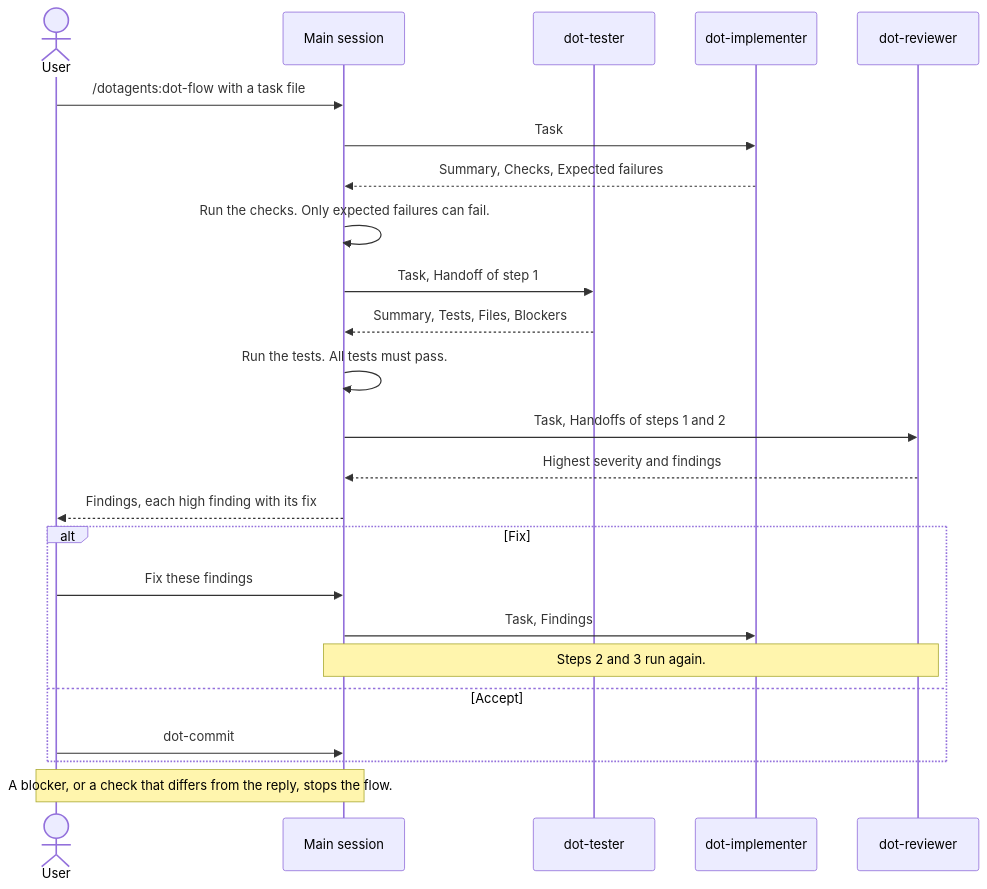
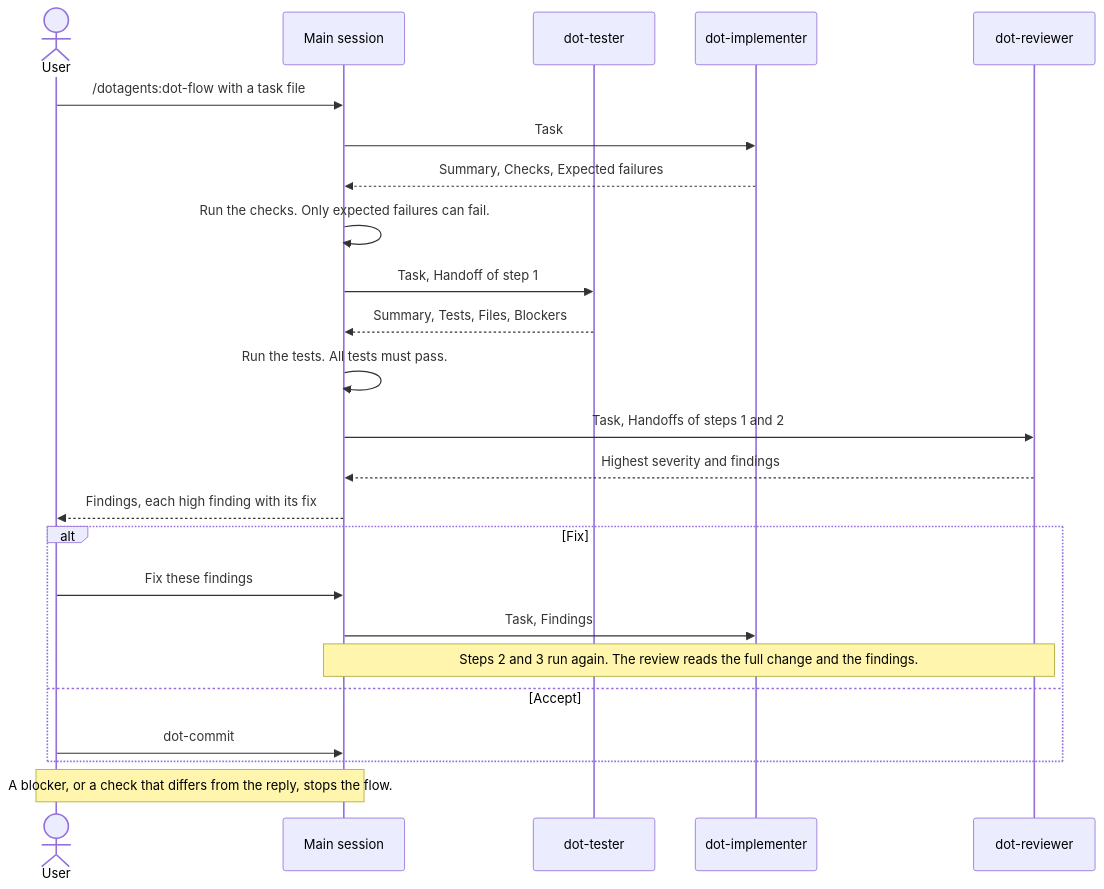
The diagram in docs/guide/04-build.md (igorlau/dotagents), drawn with Mermaid before and after one commit. The commit also changed 5 other files, not shown here.

First line of the commit message:
feat(skills): review the full change on a dot-flow fix run

````diff
--- a/docs/guide/04-build.md
+++ b/docs/guide/04-build.md
@@ -24,26 +24,26 @@
 ```mermaid
 sequenceDiagram
     actor User
     participant Main as Main session
     participant Tester as dot-tester
     participant Implementer as dot-implementer
     participant Reviewer as dot-reviewer
     User->>Main: /dotagents:dot-flow with a task file
     Main->>Implementer: Task
     Implementer-->>Main: Summary, Checks, Expected failures
     Main->>Main: Run the checks. Only expected failures can fail.
     Main->>Tester: Task, Handoff of step 1
     Tester-->>Main: Summary, Tests, Files, Blockers
     Main->>Main: Run the tests. All tests must pass.
     Main->>Reviewer: Task, Handoffs of steps 1 and 2
     Reviewer-->>Main: Highest severity and findings
     Main-->>User: Findings, each high finding with its fix
     alt Fix
         User->>Main: Fix these findings
         Main->>Implementer: Task, Findings
-        Note over Main,Reviewer: Steps 2 and 3 run again.
+        Note over Main,Reviewer: Steps 2 and 3 run again. The review reads the full change and the findings.
     else Accept
         User->>Main: dot-commit
     end
     Note over User,Main: A blocker, or a check that differs from the reply, stops the flow.
 ```
````
